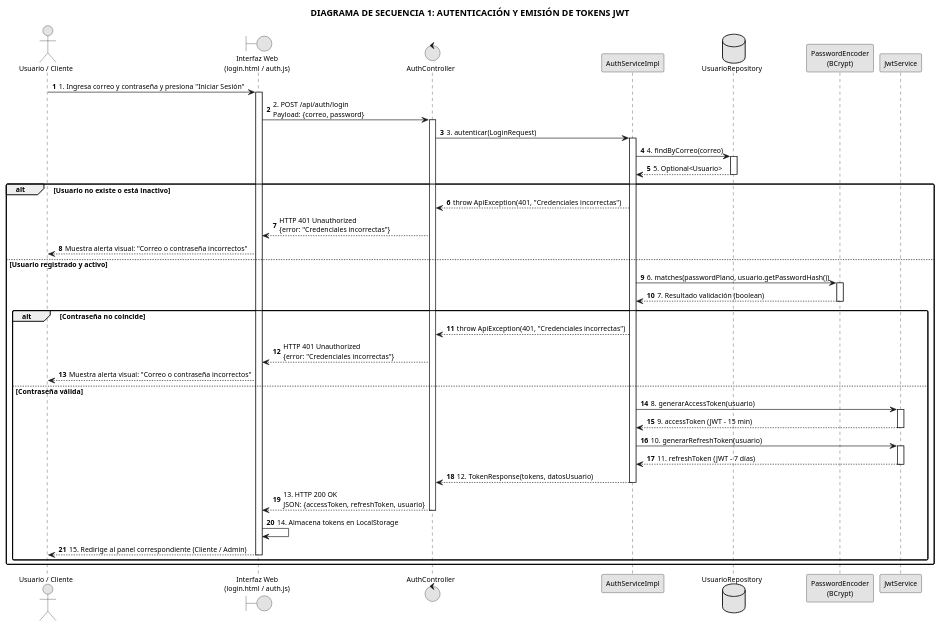
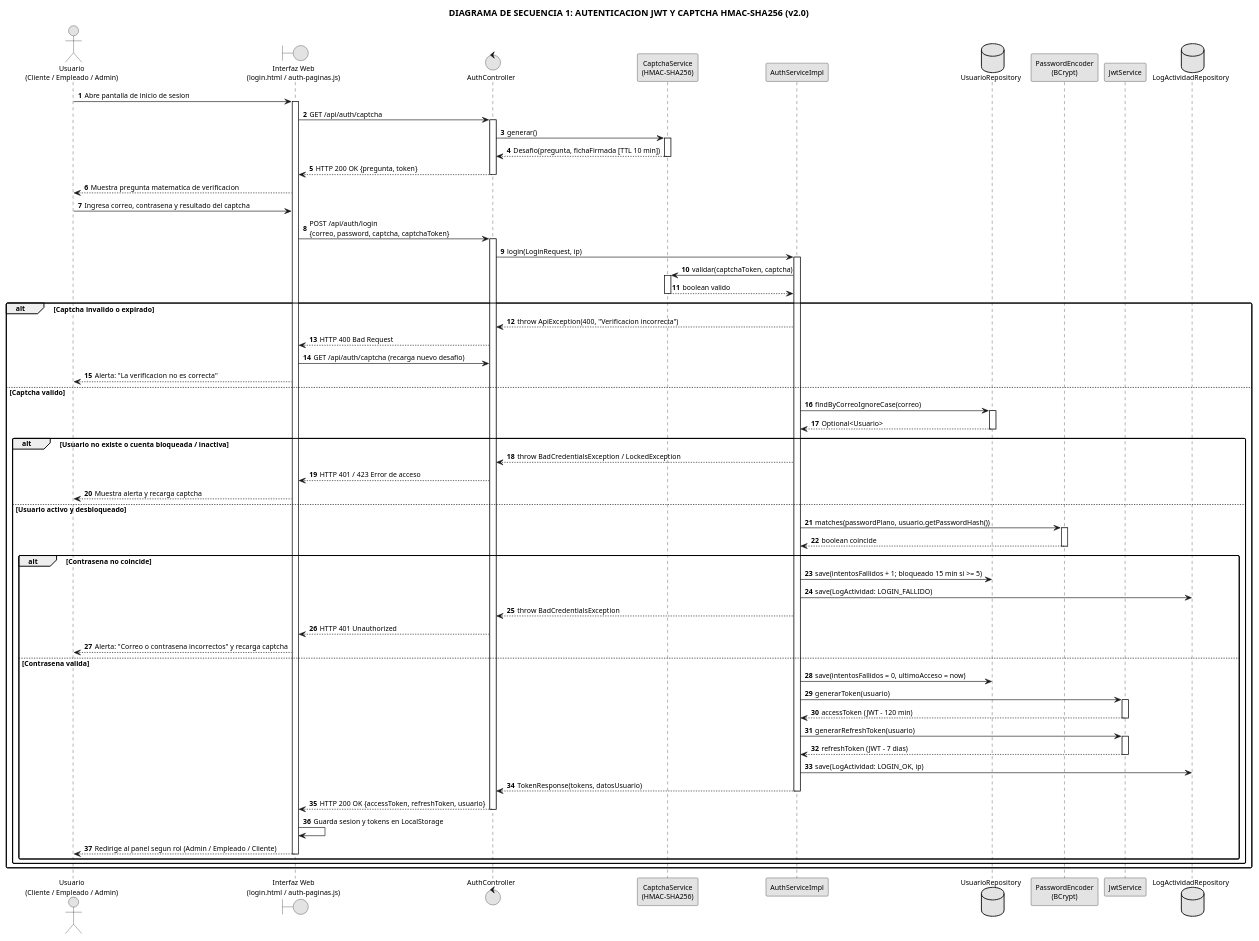
One commit to CarlosBatistaBlanco/ProyectoAulaPrimeraedi changed the first of 4 diagrams in anexos/diagramas secuencia.puml. Above: the diagram before and after it, drawn with PlantUML. The commit also changed other lines of this file and 25 other files, not shown here.

```diff
--- a/anexos/diagramas secuencia.puml
+++ b/anexos/diagramas secuencia.puml
@@ -11,70 +11,101 @@
 @startuml secuencia_autenticacion
 skinparam monochrome true
 skinparam shadowing false
 skinparam defaultFontName "Times New Roman"
 skinparam defaultFontSize 11
 skinparam roundCorner 4
 autonumber
 
-title DIAGRAMA DE SECUENCIA 1: AUTENTICACIÓN Y EMISIÓN DE TOKENS JWT
+title DIAGRAMA DE SECUENCIA 1: AUTENTICACION JWT Y CAPTCHA HMAC-SHA256 (v2.0)
 
-actor "Usuario / Cliente" as Usuario
-boundary "Interfaz Web\n(login.html / auth.js)" as UI
+actor "Usuario\n(Cliente / Empleado / Admin)" as Usuario
+boundary "Interfaz Web\n(login.html / auth-paginas.js)" as UILogin
 control "AuthController" as AuthCtrl
+participant "CaptchaService\n(HMAC-SHA256)" as CaptchaSvc
 participant "AuthServiceImpl" as AuthSvc
 database "UsuarioRepository" as UserRepo
 participant "PasswordEncoder\n(BCrypt)" as BCrypt
 participant "JwtService" as JwtSvc
+database "LogActividadRepository" as LogRepo
 
-Usuario -> UI: 1. Ingresa correo y contraseña y presiona "Iniciar Sesión"
-activate UI
+' --- Fase 1: Carga del desafio Captcha sin estado ---
+Usuario -> UILogin: Abre pantalla de inicio de sesion
+activate UILogin
 
-UI -> AuthCtrl: 2. POST /api/auth/login\nPayload: {correo, password}
+UILogin -> AuthCtrl: GET /api/auth/captcha
+activate AuthCtrl
+AuthCtrl -> CaptchaSvc: generar()
+activate CaptchaSvc
+CaptchaSvc --> AuthCtrl: Desafio(pregunta, fichaFirmada [TTL 10 min])
+deactivate CaptchaSvc
+AuthCtrl --> UILogin: HTTP 200 OK {pregunta, token}
+deactivate AuthCtrl
+UILogin --> Usuario: Muestra pregunta matematica de verificacion
+
+' --- Fase 2: Envio de credenciales y validacion ---
+Usuario -> UILogin: Ingresa correo, contrasena y resultado del captcha
+UILogin -> AuthCtrl: POST /api/auth/login\n{correo, password, captcha, captchaToken}
 activate AuthCtrl
 
-AuthCtrl -> AuthSvc: 3. autenticar(LoginRequest)
+AuthCtrl -> AuthSvc: login(LoginRequest, ip)
 activate AuthSvc
 
-AuthSvc -> UserRepo: 4. findByCorreo(correo)
-activate UserRepo
-UserRepo --> AuthSvc: 5. Optional<Usuario>
-deactivate UserRepo
+AuthSvc -> CaptchaSvc: validar(captchaToken, captcha)
+activate CaptchaSvc
+CaptchaSvc --> AuthSvc: boolean valido
+deactivate CaptchaSvc
 
-alt Usuario no existe o está inactivo
-    AuthSvc --> AuthCtrl: throw ApiException(401, "Credenciales incorrectas")
-    AuthCtrl --> UI: HTTP 401 Unauthorized\n{error: "Credenciales incorrectas"}
-    UI --> Usuario: Muestra alerta visual: "Correo o contraseña incorrectos"
-else Usuario registrado y activo
-    AuthSvc -> BCrypt: 6. matches(passwordPlano, usuario.getPasswordHash())
-    activate BCrypt
-    BCrypt --> AuthSvc: 7. Resultado validación (boolean)
-    deactivate BCrypt
-    
-    alt Contraseña no coincide
-        AuthSvc --> AuthCtrl: throw ApiException(401, "Credenciales incorrectas")
-        AuthCtrl --> UI: HTTP 401 Unauthorized\n{error: "Credenciales incorrectas"}
-        UI --> Usuario: Muestra alerta visual: "Correo o contraseña incorrectos"
-    else Contraseña válida
-        AuthSvc -> JwtSvc: 8. generarAccessToken(usuario)
-        activate JwtSvc
-        JwtSvc --> AuthSvc: 9. accessToken (JWT - 15 min)
-        deactivate JwtSvc
-        
-        AuthSvc -> JwtSvc: 10. generarRefreshToken(usuario)
-        activate JwtSvc
-        JwtSvc --> AuthSvc: 11. refreshToken (JWT - 7 días)
-        deactivate JwtSvc
-        
-        AuthSvc --> AuthCtrl: 12. TokenResponse(tokens, datosUsuario)
-        deactivate AuthSvc
-        
-        AuthCtrl --> UI: 13. HTTP 200 OK\nJSON: {accessToken, refreshToken, usuario}
-        deactivate AuthCtrl
-        
-        UI -> UI: 14. Almacena tokens en LocalStorage
-        UI --> Usuario: 15. Redirige al panel correspondiente (Cliente / Admin)
-        deactivate UI
+alt Captcha invalido o expirado
+    AuthSvc --> AuthCtrl: throw ApiException(400, "Verificacion incorrecta")
+    AuthCtrl --> UILogin: HTTP 400 Bad Request
+    UILogin -> AuthCtrl: GET /api/auth/captcha (recarga nuevo desafio)
+    UILogin --> Usuario: Alerta: "La verificacion no es correcta"
+else Captcha valido
+    AuthSvc -> UserRepo: findByCorreoIgnoreCase(correo)
+    activate UserRepo
+    UserRepo --> AuthSvc: Optional<Usuario>
+    deactivate UserRepo
+
+    alt Usuario no existe o cuenta bloqueada / inactiva
+        AuthSvc --> AuthCtrl: throw BadCredentialsException / LockedException
+        AuthCtrl --> UILogin: HTTP 401 / 423 Error de acceso
+        UILogin --> Usuario: Muestra alerta y recarga captcha
+    else Usuario activo y desbloqueado
+        AuthSvc -> BCrypt: matches(passwordPlano, usuario.getPasswordHash())
+        activate BCrypt
+        BCrypt --> AuthSvc: boolean coincide
+        deactivate BCrypt
+
+        alt Contrasena no coincide
+            AuthSvc -> UserRepo: save(intentosFallidos + 1; bloqueado 15 min si >= 5)
+            AuthSvc -> LogRepo: save(LogActividad: LOGIN_FALLIDO)
+            AuthSvc --> AuthCtrl: throw BadCredentialsException
+            AuthCtrl --> UILogin: HTTP 401 Unauthorized
+            UILogin --> Usuario: Alerta: "Correo o contrasena incorrectos" y recarga captcha
+        else Contrasena valida
+            AuthSvc -> UserRepo: save(intentosFallidos = 0, ultimoAcceso = now)
+            AuthSvc -> JwtSvc: generarToken(usuario)
+            activate JwtSvc
+            JwtSvc --> AuthSvc: accessToken (JWT - 120 min)
+            deactivate JwtSvc
+
+            AuthSvc -> JwtSvc: generarRefreshToken(usuario)
+            activate JwtSvc
+            JwtSvc --> AuthSvc: refreshToken (JWT - 7 dias)
+            deactivate JwtSvc
+
+            AuthSvc -> LogRepo: save(LogActividad: LOGIN_OK, ip)
+            AuthSvc --> AuthCtrl: TokenResponse(tokens, datosUsuario)
+            deactivate AuthSvc
+
+            AuthCtrl --> UILogin: HTTP 200 OK {accessToken, refreshToken, usuario}
+            deactivate AuthCtrl
+
+            UILogin -> UILogin: Guarda sesion y tokens en LocalStorage
+            UILogin --> Usuario: Redirige al panel segun rol (Admin / Empleado / Cliente)
+            deactivate UILogin
+        end
     end
 end
 
 @enduml
```
